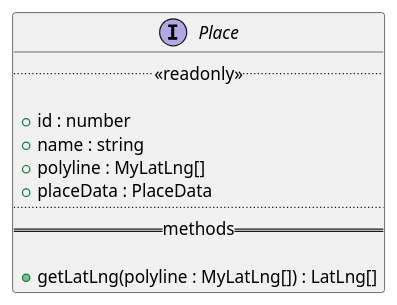
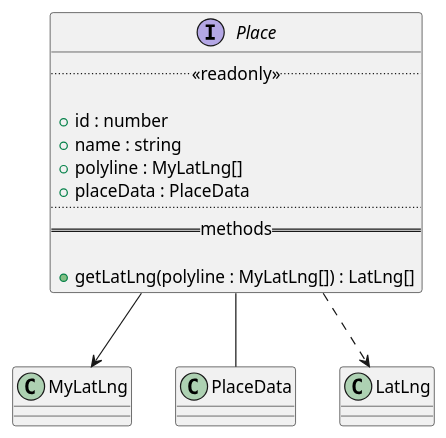
One commit to GruppOne/stalker-web-app changed the diagram in docs/diagrams/interfaces/Place/Place.pu. Above: the diagram before and after it, drawn with PlantUML. The commit also changed 12 other files, not shown here.

Commit message:
feat: include all diagrams into class-diagram and design relations

```diff
--- a/docs/diagrams/interfaces/Place/Place.pu
+++ b/docs/diagrams/interfaces/Place/Place.pu
@@ -1,14 +1,18 @@
 @startuml Place Diagram
 interface Place {
   ..<<readonly>>..
 
   + id : number
   + name : string
   + polyline : MyLatLng[]
   + placeData : PlaceData
   ....
   == methods ==
 
   + getLatLng(polyline : MyLatLng[]) : LatLng[]
 }
+
+Place --> MyLatLng
+Place -- PlaceData
+Place ..> LatLng
 @enduml
```
